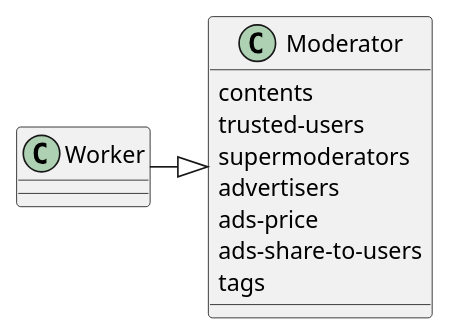
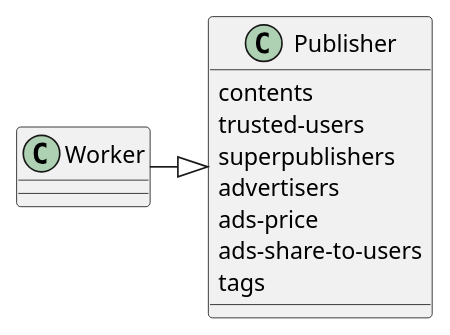
The third of 9 diagrams in bitcloud.org (wetube/bitcloud), drawn with PlantUML before and after one commit. The commit also changed other lines of this file and 7 other files, not shown here.

Commit message:
Changed word "moderator" to "publisher" in all papers.

```diff
--- a/bitcloud.org
+++ b/bitcloud.org
@@ -347,12 +347,12 @@
-#+BEGIN_SRC plantuml :file "img/moderator-class.png"
-class Moderator {
+#+BEGIN_SRC plantuml :file "img/publisher-class.png"
+class Publisher {
      contents
      trusted-users
-     supermoderators
+     superpublishers
      advertisers
      ads-price
      ads-share-to-users
      tags
 }
-Worker -right-|> Moderator
+Worker -right-|> Publisher
 #+END_SRC
```
